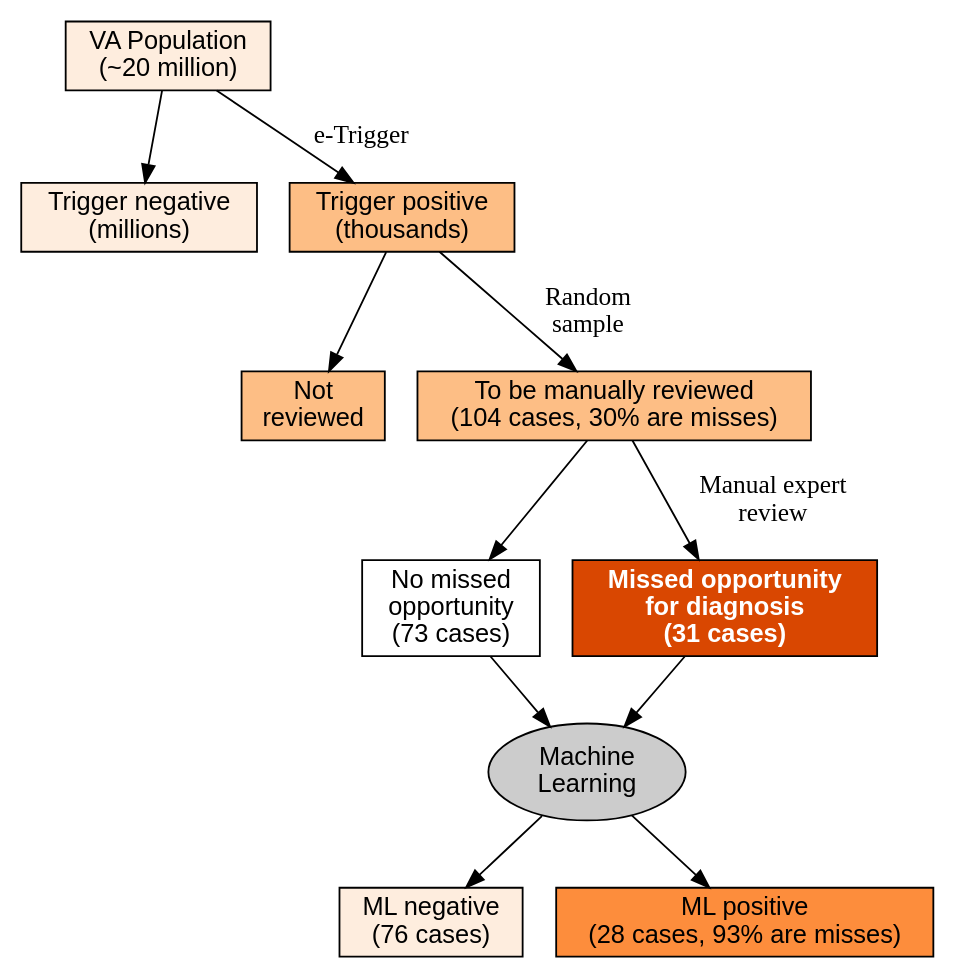
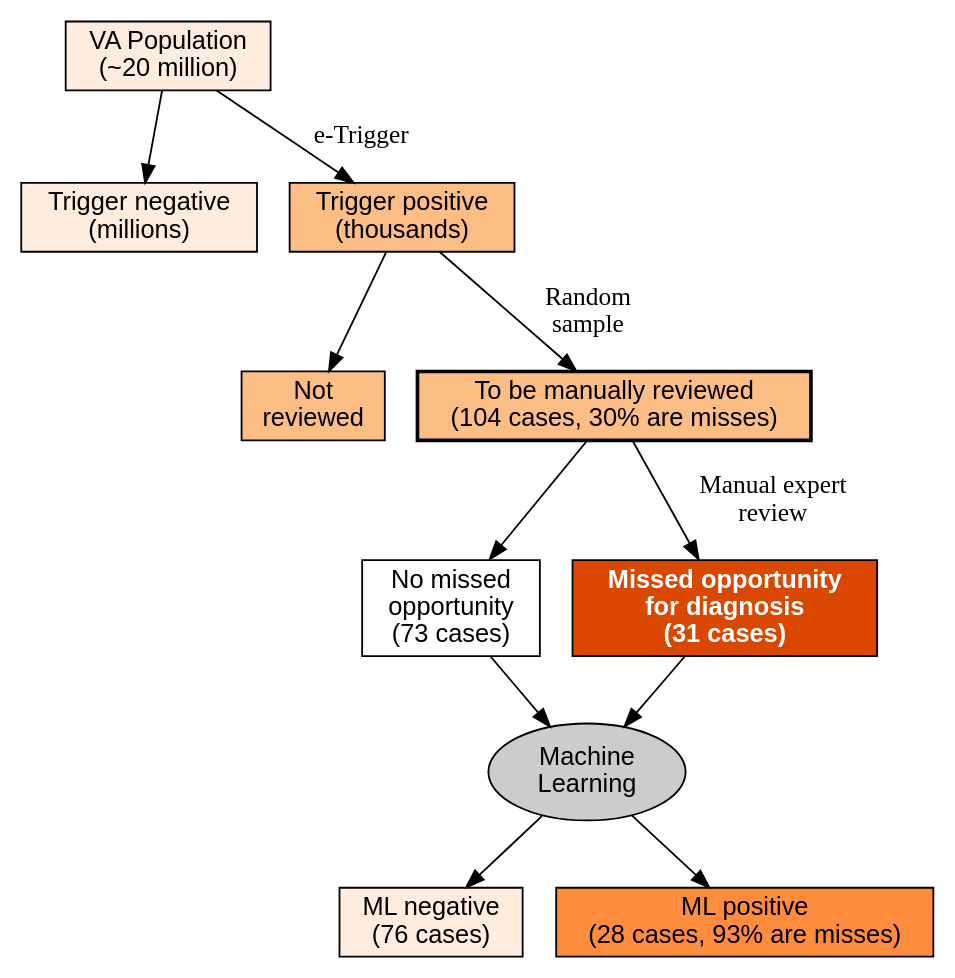
One commit to zimolzak/ml-detect-diagnostic-safety changed the diagram in AndyZimolzak/flow-colors-sparser.dot. Above: the diagram before and after it, drawn with Graphviz.

Commit message:
Improve some labels

```diff
--- a/AndyZimolzak/flow-colors-sparser.dot
+++ b/AndyZimolzak/flow-colors-sparser.dot
@@ -1,43 +1,43 @@
 digraph G {
 
 node [style = filled, fillcolor="white", fontname="Helvetica", colorscheme="oranges4"]
   //rankdir = "LR";
 
 // Rectangles for number of charts
 
 twentyMillion [shape="rectangle", label="VA Population\n(~20 million)", fillcolor=1];
 millionsNeg [shape="rectangle", label="Trigger negative\n(millions)", fillcolor=1];
 thousands [shape="rectangle", label="Trigger positive\n(thousands)", fillcolor=2];
 
 notReview [shape="rectangle" label="Not\nreviewed", fillcolor=2];
-hundredReview [shape="rectangle", label="To be manually reviewed\n(104 cases, 30% are misses)", fillcolor=2];
+hundredReview [shape="rectangle", label="To be manually reviewed\n(104 cases, 30% are misses)", fillcolor=2, penwidth=2];
 
 noMissedOD [shape="rectangle", label="No missed\nopportunity\n(73 cases)"];
 MissedOD [shape="rectangle", label="Missed opportunity\nfor diagnosis\n(31 cases)", fillcolor=4, fontcolor="white", fontname="Helvetica-Bold"];
 
 mlneg [shape="rectangle", fillcolor=1, label="ML negative\n(76 cases)"];
 mlpos [shape="rectangle", fillcolor=3, label="ML positive\n(28 cases, 93% are misses)"];  // color 3 is used only for ML +
 
 ML [fillcolor="#cccccc", label="Machine\nLearning"];
 
 
 
 
 // Edges
 
 twentyMillion -> millionsNeg;
 twentyMillion -> thousands [label="e-Trigger"];
 
 thousands -> notReview;
 thousands -> hundredReview [label="Random\nsample"];
 
 hundredReview -> noMissedOD;
 hundredReview -> MissedOD [label="Manual expert\nreview"];
 
 noMissedOD -> ML;
 MissedOD -> ML;
 
 ML -> mlneg;
 ML -> mlpos;
 
 }
```
